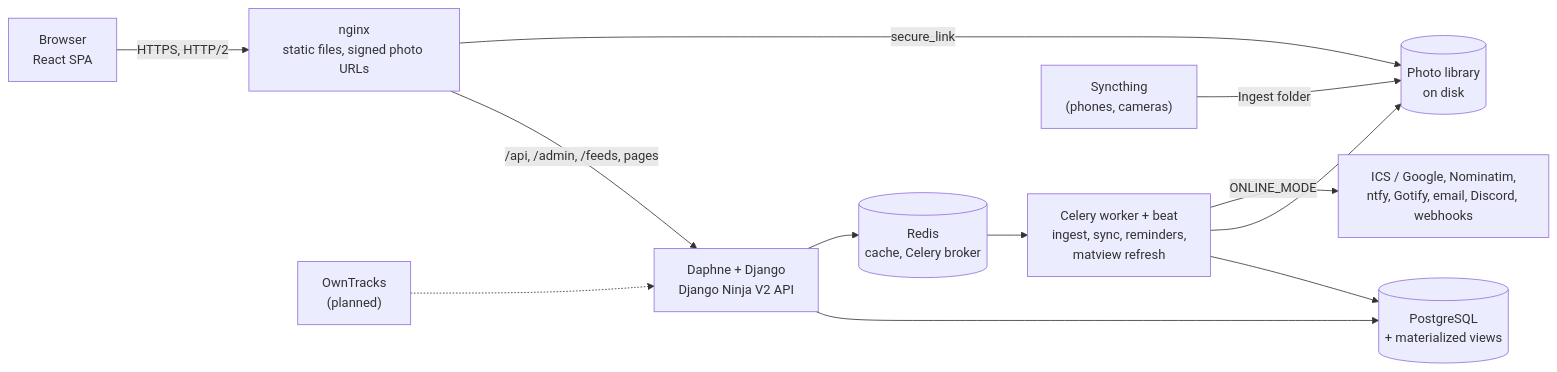
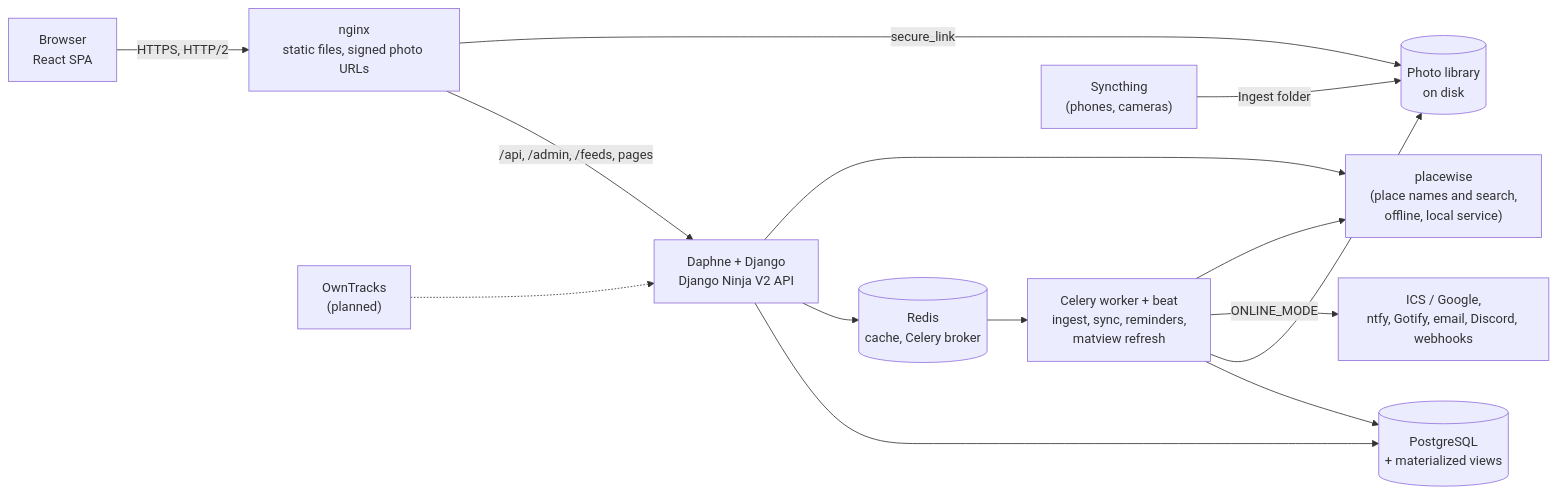
One commit to amolvenkataraman/Nilaya changed the diagram in README.md. Above: the diagram before and after it, drawn with Mermaid. The commit also changed other lines of this file and 59 other files, not shown here.

````diff
--- a/README.md
+++ b/README.md
@@ -153,14 +153,16 @@
 ```mermaid
 flowchart LR
     B["Browser<br/>React SPA"] -->|HTTPS, HTTP/2| N["nginx<br/>static files, signed photo URLs"]
     N -->|"/api, /admin, /feeds, pages"| D["Daphne + Django<br/>Django Ninja V2 API"]
     N -->|secure_link| L[("Photo library<br/>on disk")]
     D --> P[("PostgreSQL<br/>+ materialized views")]
     D --> R[("Redis<br/>cache, Celery broker")]
     R --> C["Celery worker + beat<br/>ingest, sync, reminders,<br/>matview refresh"]
     C --> P
     C --> L
     S["Syncthing<br/>(phones, cameras)"] -->|Ingest folder| L
     O["OwnTracks<br/>(planned)"] -.-> D
-    C -->|ONLINE_MODE| X["ICS / Google, Nominatim,<br/>ntfy, Gotify, email, Discord, webhooks"]
+    C -->|ONLINE_MODE| X["ICS / Google,<br/>ntfy, Gotify, email, Discord, webhooks"]
+    D --> G["placewise<br/>(place names and search,<br/>offline, local service)"]
+    C --> G
 ```
````
